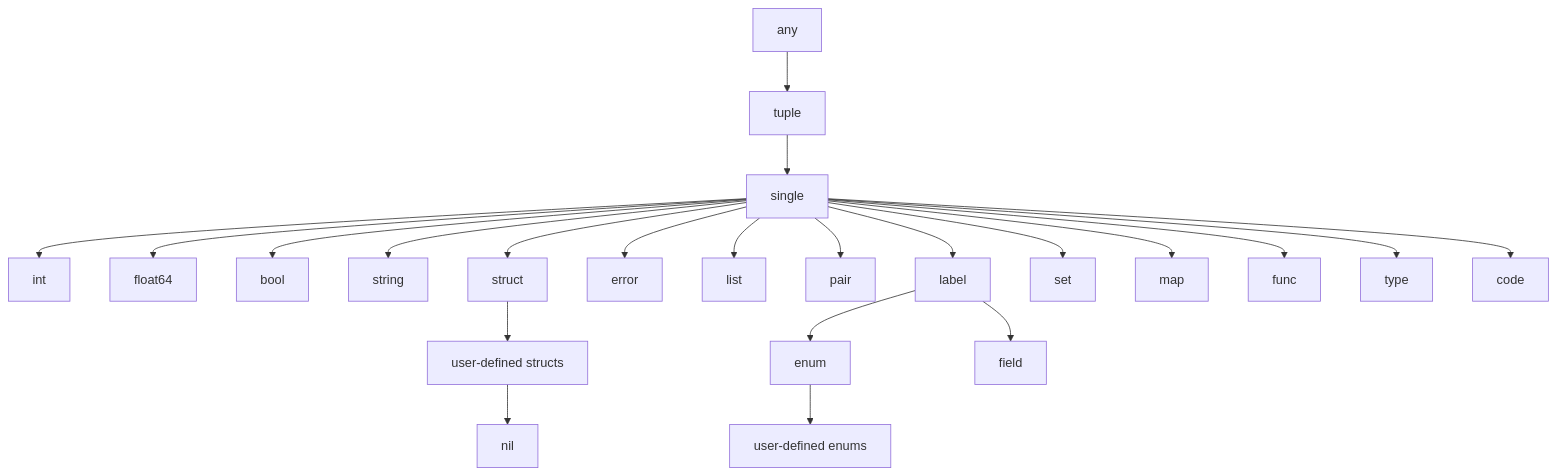
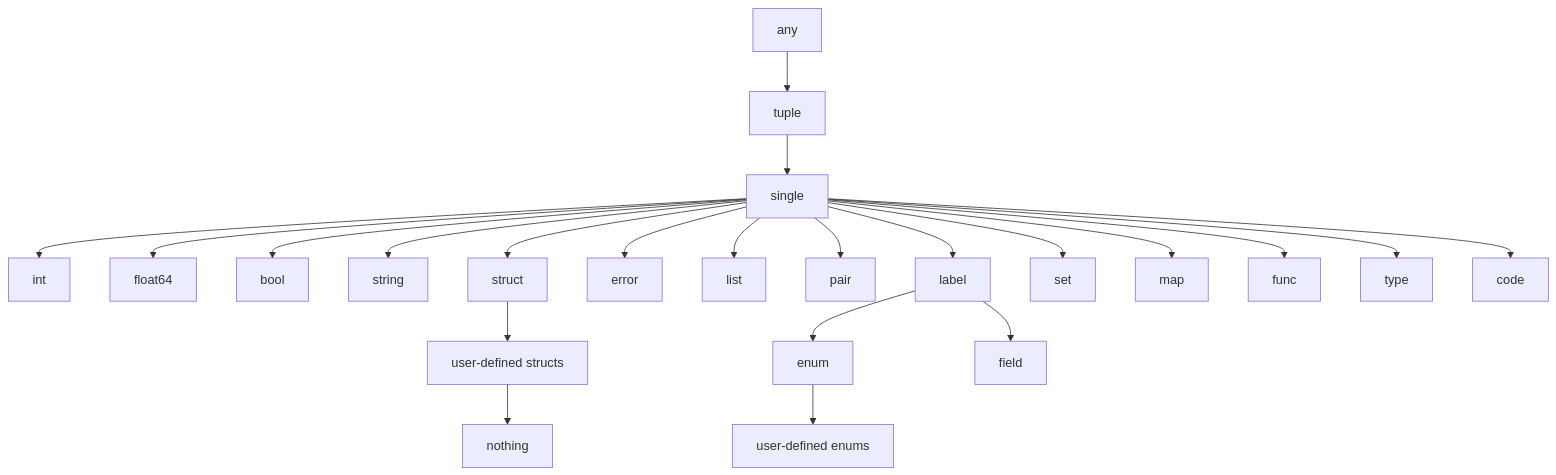
Before and after one commit to landry-some/Pipefish: the diagram in README.md, drawn with Mermaid. The commit also changed other lines of this file, not shown here.

Commit message:
Mention 'nothing' and 'empty' in manual

````diff
--- a/README.md
+++ b/README.md
@@ -1160,24 +1160,24 @@
 ```mermaid
 graph TD;
     any-->tuple;
     tuple-->single;
     single-->int;
     single-->float64;
     single-->bool;
     single-->string;
     single-->struct;
     single-->error;
     single-->list;
     single-->pair;
     single-->label;
     single-->set;
     single-->M[map];
     single-->func;
     single-->type;
     single-->code;
     struct-->X[user-defined structs];
-    X-->nil;
+    X-->nothing;
     label-->enum;
     label-->field;
     enum-->Y[user-defined enums];
 ```
````
